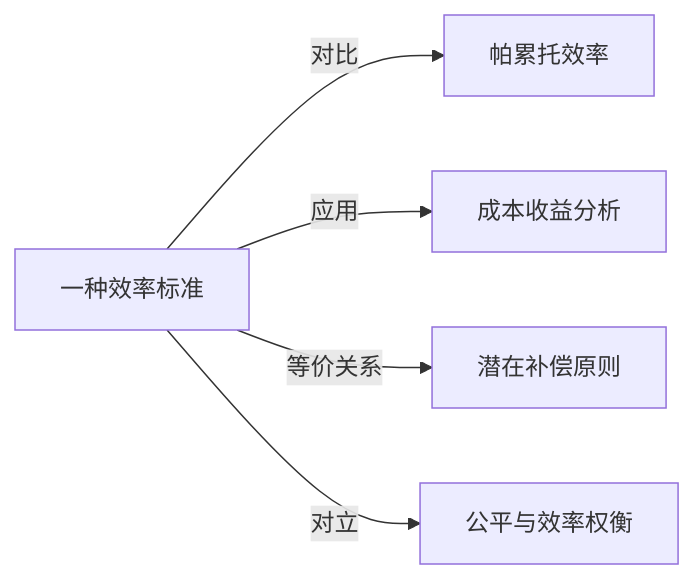
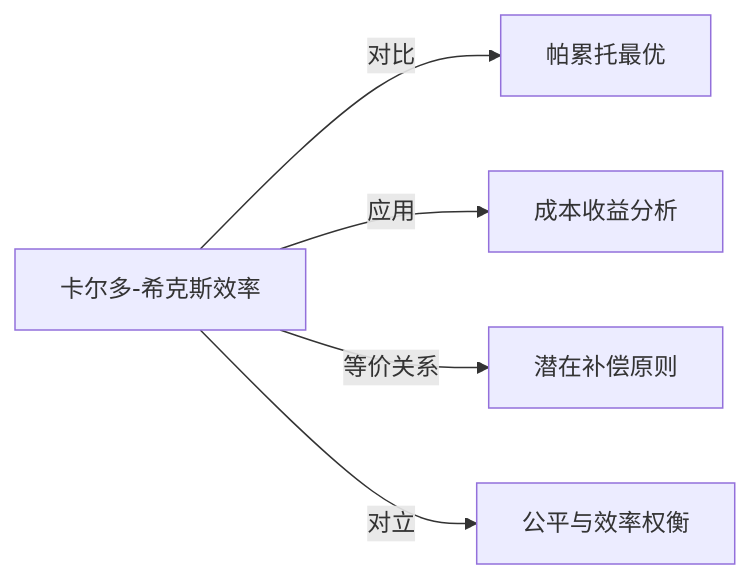
One commit to KIMMCHOW/MyKnowledge changed the diagram in Knowledge/Concepts/经济/卡尔多-希克斯效率.md. Above: the diagram before and after it, drawn with Mermaid. The commit also changed 96 other files, not shown here.

Commit message:
fix: 修复概念页关系图节点并补齐缺失关联

````diff
--- a/Knowledge/Concepts/经济/卡尔多-希克斯效率.md
+++ b/Knowledge/Concepts/经济/卡尔多-希克斯效率.md
@@ -44,7 +44,7 @@
 ```mermaid
 graph LR
-    一种效率标准 -->|对比| 帕累托效率
-    一种效率标准 -->|应用| 成本收益分析
-    一种效率标准 -->|等价关系| 潜在补偿原则
-    一种效率标准 -->|对立| 公平与效率权衡
+卡尔多-希克斯效率 -->|对比| 帕累托最优
+卡尔多-希克斯效率 -->|应用| 成本收益分析
+卡尔多-希克斯效率 -->|等价关系| 潜在补偿原则
+卡尔多-希克斯效率 -->|对立| 公平与效率权衡
 ```
````
